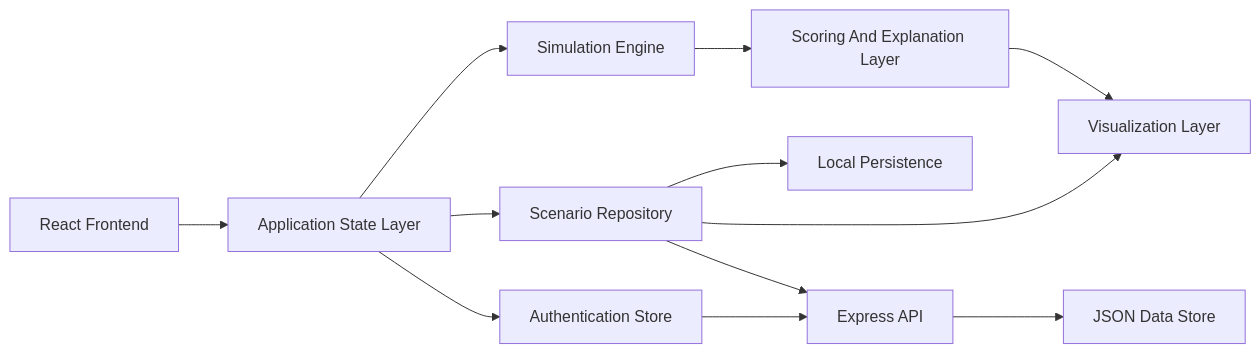
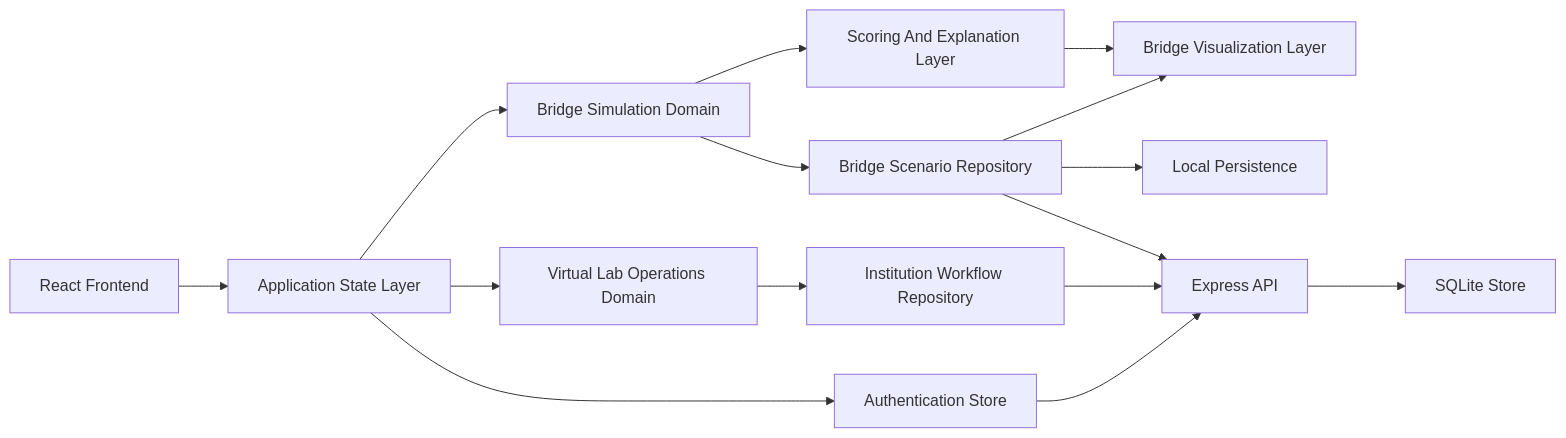
The first of 3 diagrams in .trae/documents/karras-mvp-technical-architecture.md (enjinuity/KARRAS-SIWES), drawn with Mermaid before and after one commit. The commit also changed other lines of this file and 12 other files, not shown here.

First line of the commit message:
feat(virtual-lab): add full virtual lab operational module

````diff
--- a/.trae/documents/karras-mvp-technical-architecture.md
+++ b/.trae/documents/karras-mvp-technical-architecture.md
@@ -2,14 +2,17 @@
 ```mermaid
 flowchart LR
     A["React Frontend"] --> B["Application State Layer"]
-    B --> C["Simulation Engine"]
-    C --> D["Scoring And Explanation Layer"]
-    B --> E["Scenario Repository"]
-    B --> F["Authentication Store"]
-    D --> G["Visualization Layer"]
-    E --> G
-    E --> H["Local Persistence"]
-    E --> I["Express API"]
+    B --> C["Bridge Simulation Domain"]
+    B --> D["Virtual Lab Operations Domain"]
+    C --> E["Scoring And Explanation Layer"]
+    C --> F["Bridge Scenario Repository"]
+    D --> G["Institution Workflow Repository"]
+    B --> H["Authentication Store"]
+    E --> I["Bridge Visualization Layer"]
     F --> I
-    I --> J["JSON Data Store"]
+    F --> J["Local Persistence"]
+    G --> K["Express API"]
+    F --> K
+    H --> K
+    K --> L["SQLite Store"]
 ```
````
